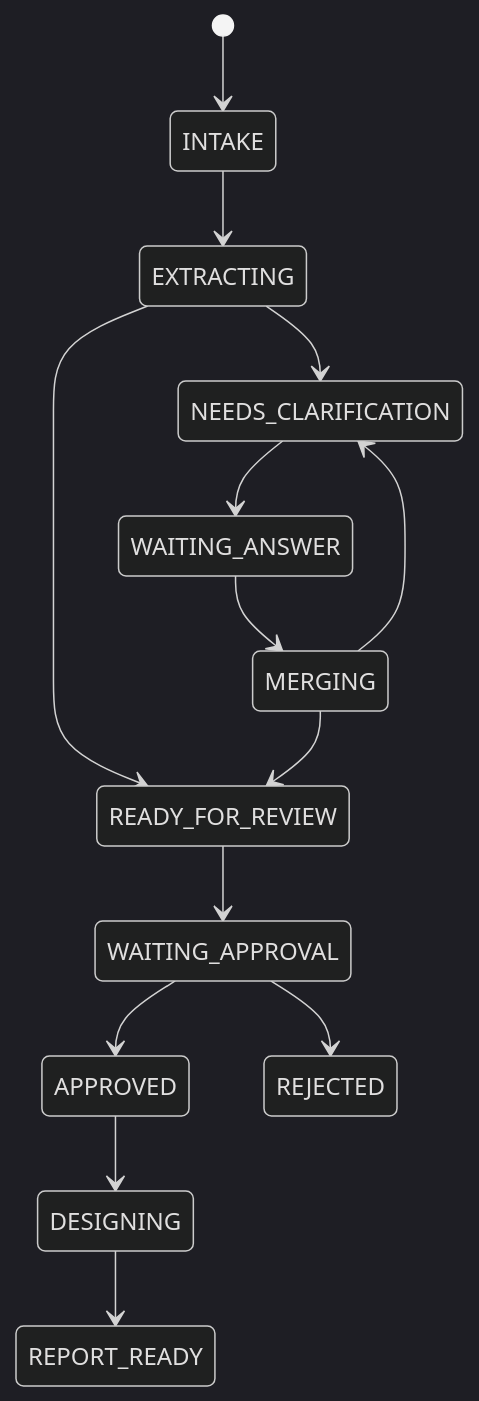
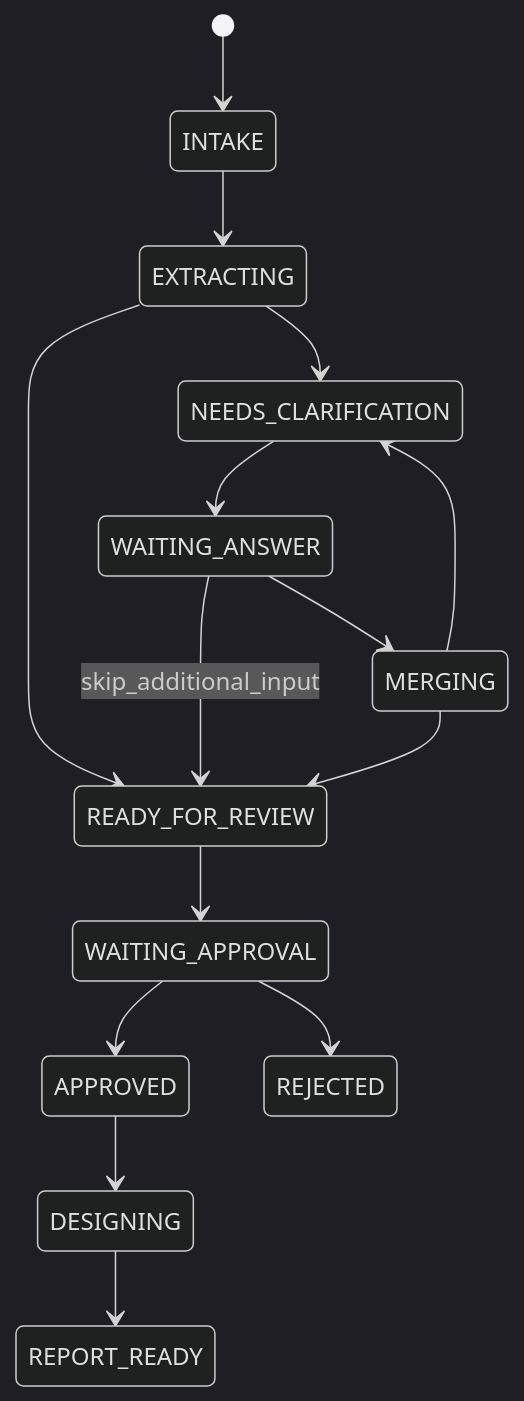
Before and after one commit to bongG-moon/agent_ground: the diagram in business_work_design_agent/docs/HITL_STATE_MACHINE.md, drawn with Mermaid (dark theme). The commit also changed other lines of this file and 136 other files, not shown here.

Commit message:
Refresh agent flows and work design pipeline

````diff
--- a/business_work_design_agent/docs/HITL_STATE_MACHINE.md
+++ b/business_work_design_agent/docs/HITL_STATE_MACHINE.md
@@ -14,16 +11,17 @@
 ```mermaid
 stateDiagram-v2
   [*] --> INTAKE
   INTAKE --> EXTRACTING
   EXTRACTING --> NEEDS_CLARIFICATION
   EXTRACTING --> READY_FOR_REVIEW
   NEEDS_CLARIFICATION --> WAITING_ANSWER
   WAITING_ANSWER --> MERGING
+  WAITING_ANSWER --> READY_FOR_REVIEW: skip_additional_input
   MERGING --> NEEDS_CLARIFICATION
   MERGING --> READY_FOR_REVIEW
   READY_FOR_REVIEW --> WAITING_APPROVAL
   WAITING_APPROVAL --> APPROVED
   WAITING_APPROVAL --> REJECTED
   APPROVED --> DESIGNING
   DESIGNING --> REPORT_READY
 ```
````
